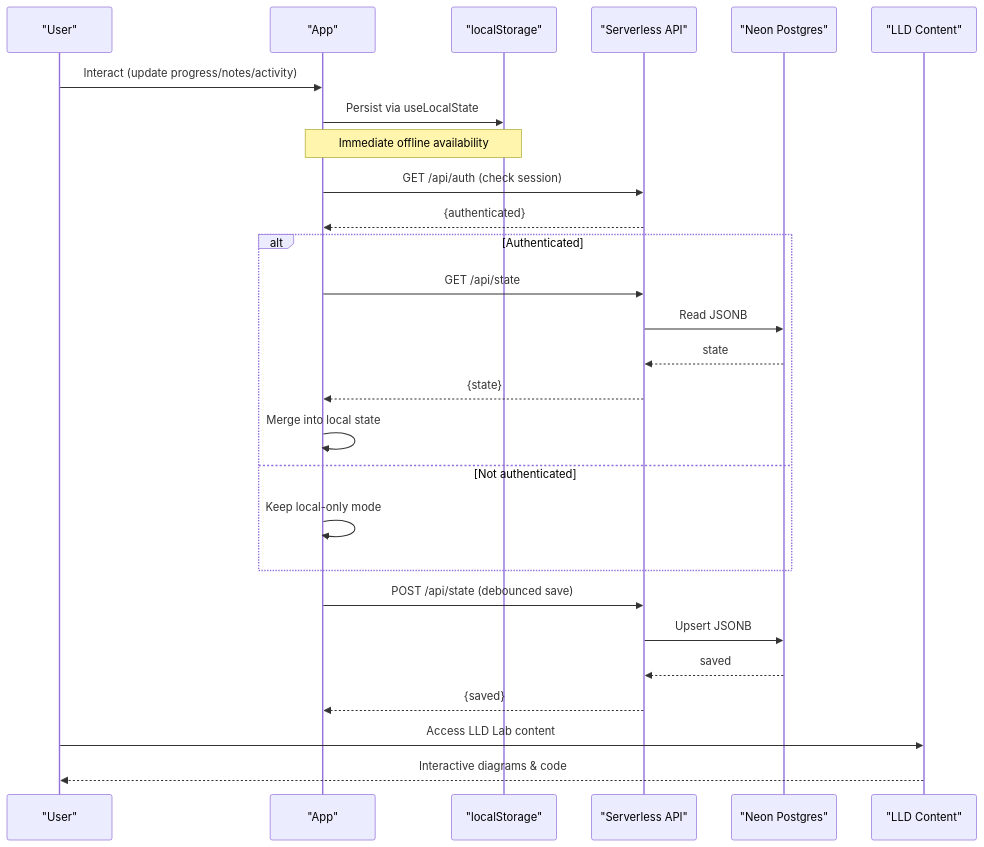
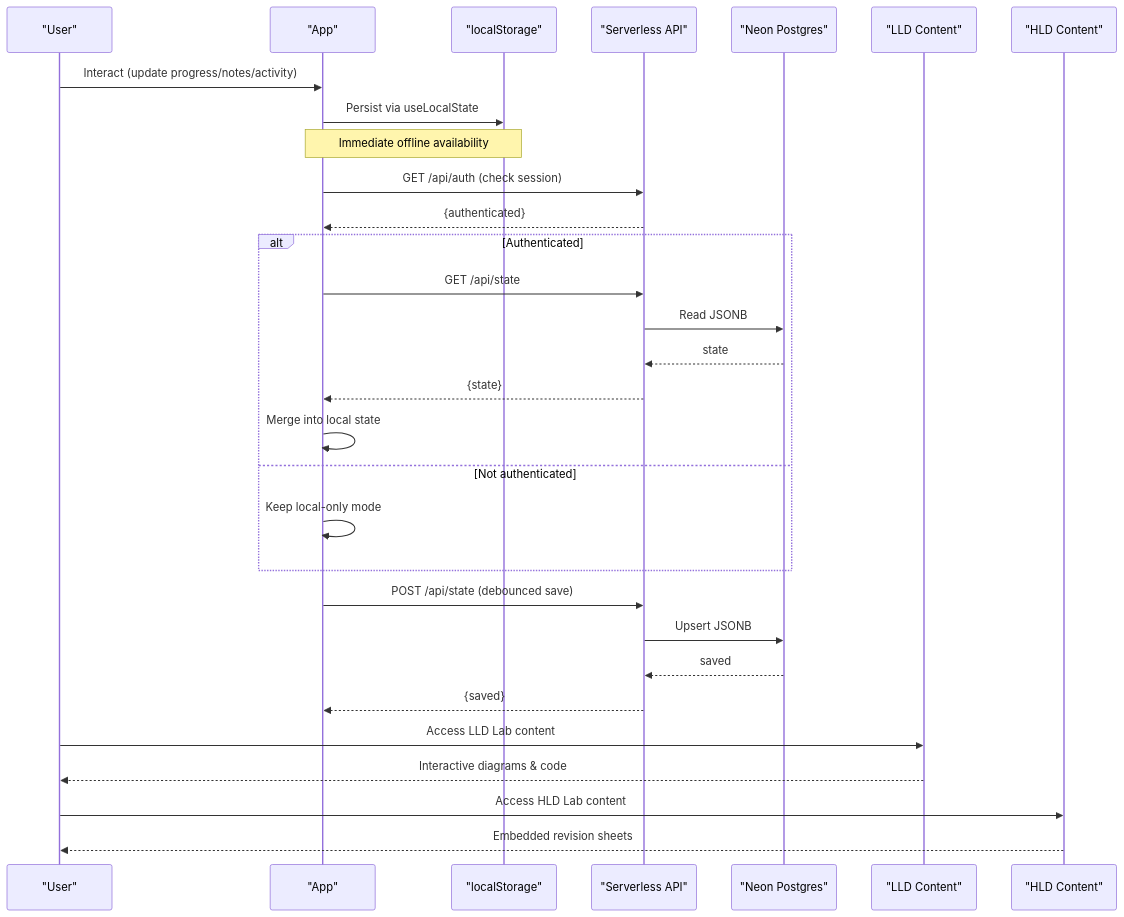
One commit to iamrituraj/DSA-Tracker changed the second of 9 diagrams in .qoder/repowiki/en/content/Frontend Application/Application Architecture.md. Above: the diagram before and after it, drawn with Mermaid. The commit also changed other lines of this file and 5 other files, not shown here.

````diff
--- a/.qoder/repowiki/en/content/Frontend Application/Application Architecture.md
+++ b/.qoder/repowiki/en/content/Frontend Application/Application Architecture.md
@@ -98,29 +105,32 @@
 ```mermaid
 sequenceDiagram
 participant U as "User"
 participant A as "App"
 participant LS as "localStorage"
 participant API as "Serverless API"
 participant DB as "Neon Postgres"
 participant LLD as "LLD Content"
+participant HLD as "HLD Content"
 U->>A : Interact (update progress/notes/activity)
 A->>LS : Persist via useLocalState
 Note over A,LS : Immediate offline availability
 A->>API : GET /api/auth (check session)
 API-->>A : {authenticated}
 alt Authenticated
 A->>API : GET /api/state
 API->>DB : Read JSONB
 DB-->>API : state
 API-->>A : {state}
 A->>A : Merge into local state
 else Not authenticated
 A->>A : Keep local-only mode
 end
 A->>API : POST /api/state (debounced save)
 API->>DB : Upsert JSONB
 DB-->>API : saved
 API-->>A : {saved}
 U->>LLD : Access LLD Lab content
 LLD-->>U : Interactive diagrams & code
+U->>HLD : Access HLD Lab content
+HLD-->>U : Embedded revision sheets
 ```
````
